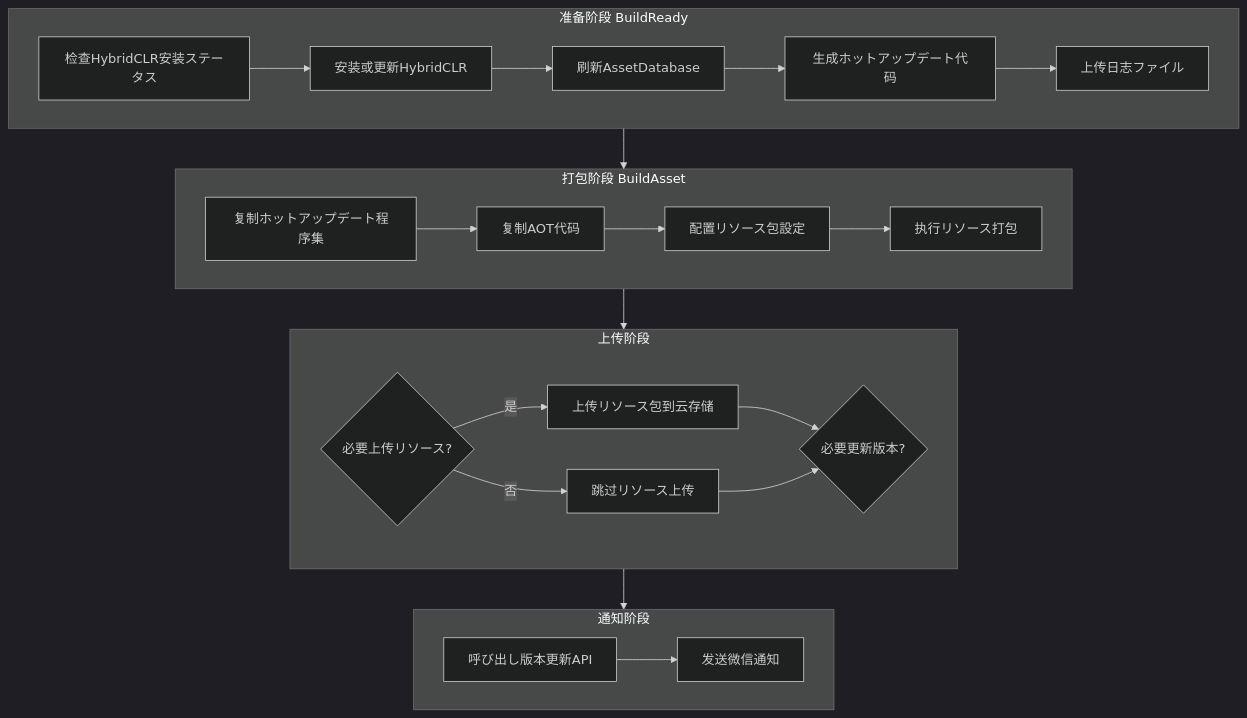
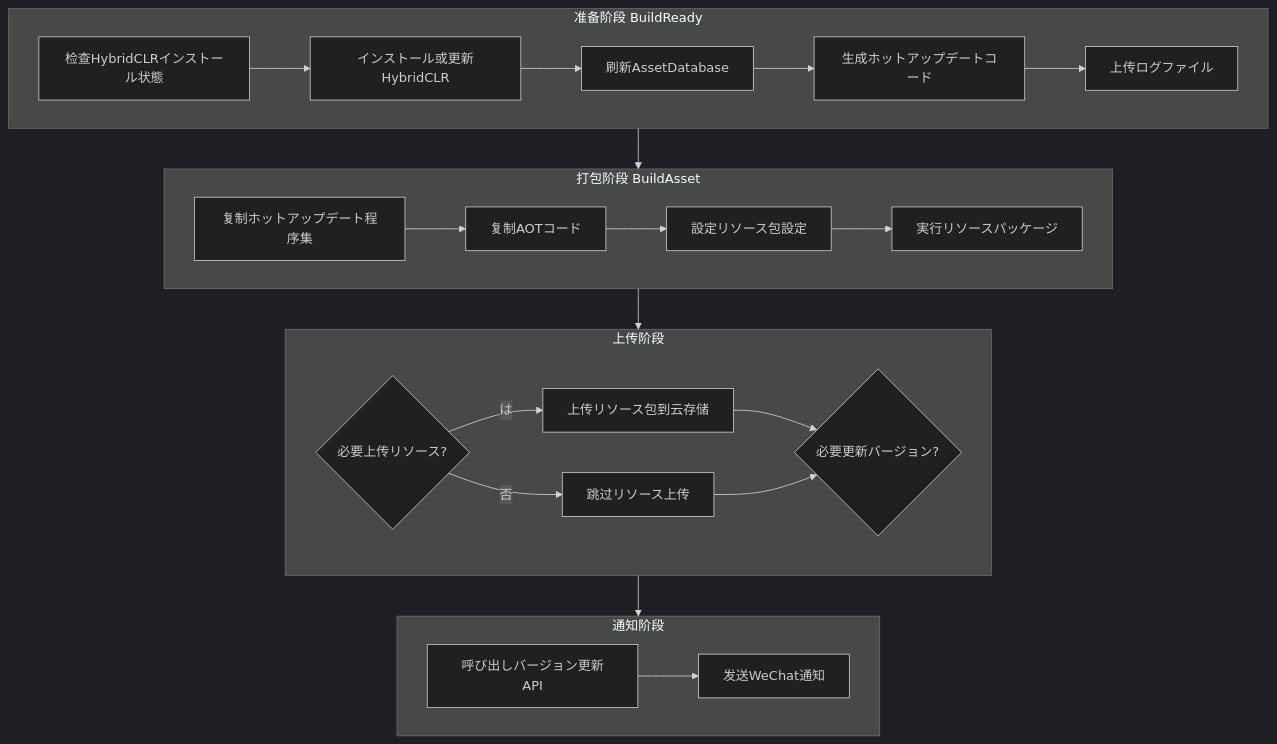
Before and after one commit to AlianBlank/GameFrameX.Docs: the diagram in docs/ja/client/unity/component/builder/04.usage.md, drawn with Mermaid (dark theme). The commit also changed other lines of this file and 320 other files, not shown here.

````diff
--- a/docs/ja/client/unity/component/builder/04.usage.md
+++ b/docs/ja/client/unity/component/builder/04.usage.md
@@ -37,30 +37,30 @@
 ```mermaid
 flowchart TD
     subgraph Prepare["准备阶段 BuildReady"]
-        P1[检查HybridCLR安装ステータス] --> P2[安装或更新HybridCLR]
+        P1[检查HybridCLRインストール状態] --> P2[インストール或更新HybridCLR]
         P2 --> P3[刷新AssetDatabase]
-        P3 --> P4[生成ホットアップデート代码]
-        P4 --> P5[上传日志ファイル]
+        P3 --> P4[生成ホットアップデートコード]
+        P4 --> P5[上传ログファイル]
     end
 
     subgraph Build["打包阶段 BuildAsset"]
-        B1[复制ホットアップデート程序集] --> B2[复制AOT代码]
-        B2 --> B3[配置リソース包設定]
-        B3 --> B4[执行リソース打包]
+        B1[复制ホットアップデート程序集] --> B2[复制AOTコード]
+        B2 --> B3[設定リソース包設定]
+        B3 --> B4[実行リソースパッケージ]
     end
 
     subgraph Upload["上传阶段"]
-        U1{必要上传リソース?} -->|是| U2[上传リソース包到云存储]
+        U1{必要上传リソース?} -->|は| U2[上传リソース包到云存储]
         U1 -->|否| U2B[跳过リソース上传]
-        U2 --> U3{必要更新版本?}
+        U2 --> U3{必要更新バージョン?}
         U2B --> U3
     end
 
     subgraph Notify["通知阶段"]
-        N1[呼び出し版本更新API] --> N2[发送微信通知]
+        N1[呼び出しバージョン更新API] --> N2[发送WeChat通知]
     end
 
     Prepare --> Build
     Build --> Upload
     Upload --> Notify
 ```
````
